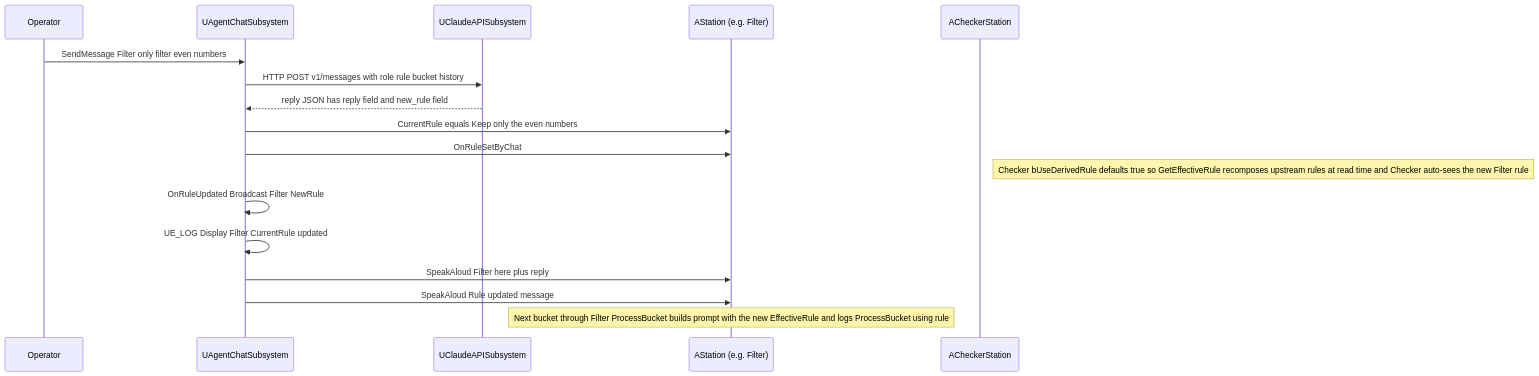
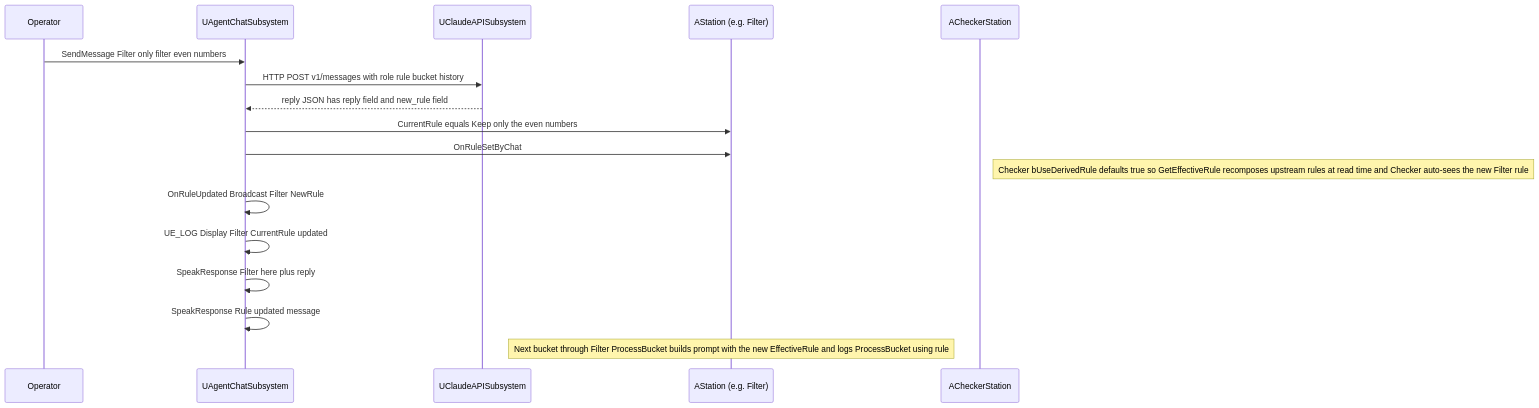
One commit to eyupgurel/AssemblyLineSimul changed the fourth of 5 diagrams in README.md. Above: the diagram before and after it, drawn with Mermaid. The commit also changed other lines of this file and 1 other file, not shown here.

````diff
--- a/README.md
+++ b/README.md
@@ -247,22 +262,22 @@
 ```mermaid
 sequenceDiagram
   participant U as Operator
   participant Chat as UAgentChatSubsystem
   participant CA as UClaudeAPISubsystem
   participant St as AStation (e.g. Filter)
   participant Ck as ACheckerStation
 
   U->>Chat: SendMessage Filter only filter even numbers
   Chat->>CA: HTTP POST v1/messages with role rule bucket history
   CA-->>Chat: reply JSON has reply field and new_rule field
 
   Chat->>St: CurrentRule equals Keep only the even numbers
   Chat->>St: OnRuleSetByChat
   Note right of Ck: Checker bUseDerivedRule defaults true so GetEffectiveRule recomposes upstream rules at read time and Checker auto-sees the new Filter rule
   Chat->>Chat: OnRuleUpdated Broadcast Filter NewRule
   Chat->>Chat: UE_LOG Display Filter CurrentRule updated
-  Chat->>St: SpeakAloud Filter here plus reply
-  Chat->>St: SpeakAloud Rule updated message
+  Chat->>Chat: SpeakResponse Filter here plus reply
+  Chat->>Chat: SpeakResponse Rule updated message
 
   Note over St: Next bucket through Filter ProcessBucket builds prompt with the new EffectiveRule and logs ProcessBucket using rule
 ```
````
